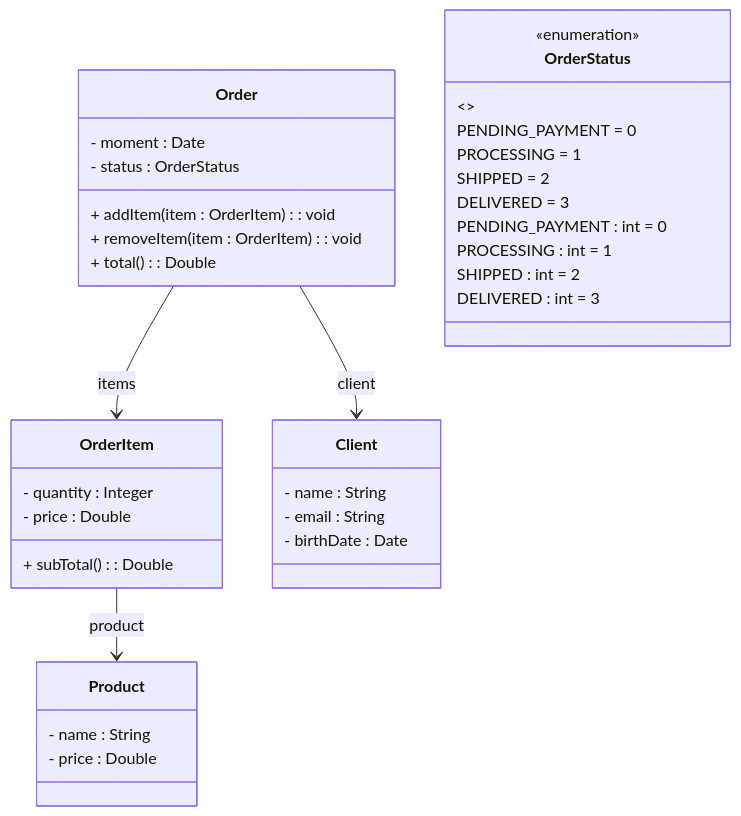
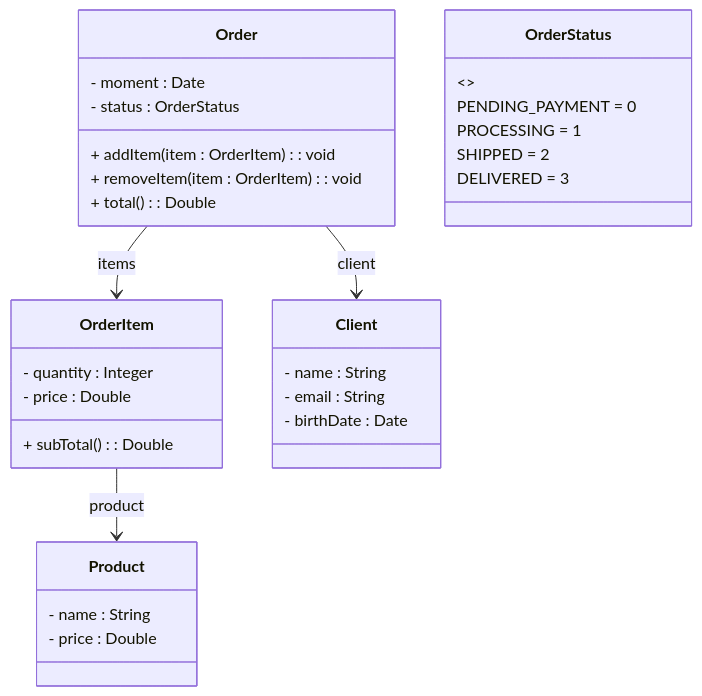
The diagram in README.md (Rafael540/ExercicioComposicao-JAVA-), drawn with Mermaid before and after one commit.

````diff
--- a/README.md
+++ b/README.md
@@ -4,43 +4,37 @@
 ```mermaid
 classDiagram
     Order --> OrderItem : items
     Order --> Client : client
     OrderItem --> Product : product
     OrderStatus : <<enum>>
     OrderStatus : PENDING_PAYMENT = 0
     OrderStatus : PROCESSING = 1
     OrderStatus : SHIPPED = 2
     OrderStatus : DELIVERED = 3
 
     class Order {
         - moment : Date
         - status : OrderStatus
         + addItem(item : OrderItem) : void
         + removeItem(item : OrderItem) : void
         + total() : Double
     }
 
     class Client {
         - name : String
         - email : String
         - birthDate : Date
     }
 
     class OrderItem {
         - quantity : Integer
         - price : Double
         + subTotal() : Double
     }
 
     class Product {
         - name : String
         - price : Double
     }
-    class OrderStatus {
-        <<enumeration>>
-        PENDING_PAYMENT : int = 0
-        PROCESSING : int = 1
-        SHIPPED : int = 2
-        DELIVERED : int = 3
-    }
+   
 ```
````
